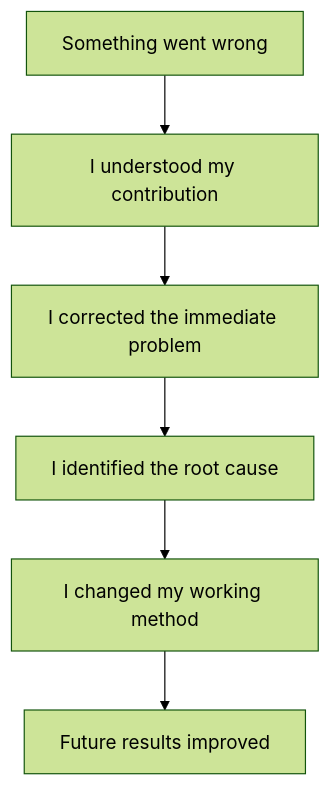
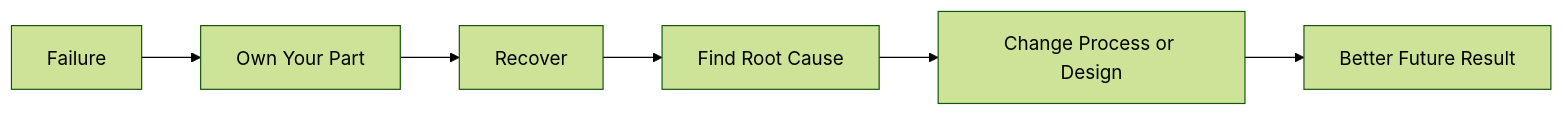
Before and after one commit to AvadhBhalodiya/Interview-Preparation: the first of 2 diagrams in src/content/behavioral/failure-and-learning.md, drawn with Mermaid (forest theme). The commit also changed other lines of this file and 54 other files, not shown here.

````diff
--- a/src/content/behavioral/failure-and-learning.md
+++ b/src/content/behavioral/failure-and-learning.md
@@ -21,8 +20,8 @@
 ```mermaid
-flowchart TD
-    A[Something went wrong] --> B[I understood my contribution]
-    B --> C[I corrected the immediate problem]
-    C --> D[I identified the root cause]
-    D --> E[I changed my working method]
-    E --> F[Future results improved]
+flowchart LR
+    A[Failure] --> B[Own Your Part]
+    B --> C[Recover]
+    C --> D[Find Root Cause]
+    D --> E[Change Process or Design]
+    E --> F[Better Future Result]
 ```
````
